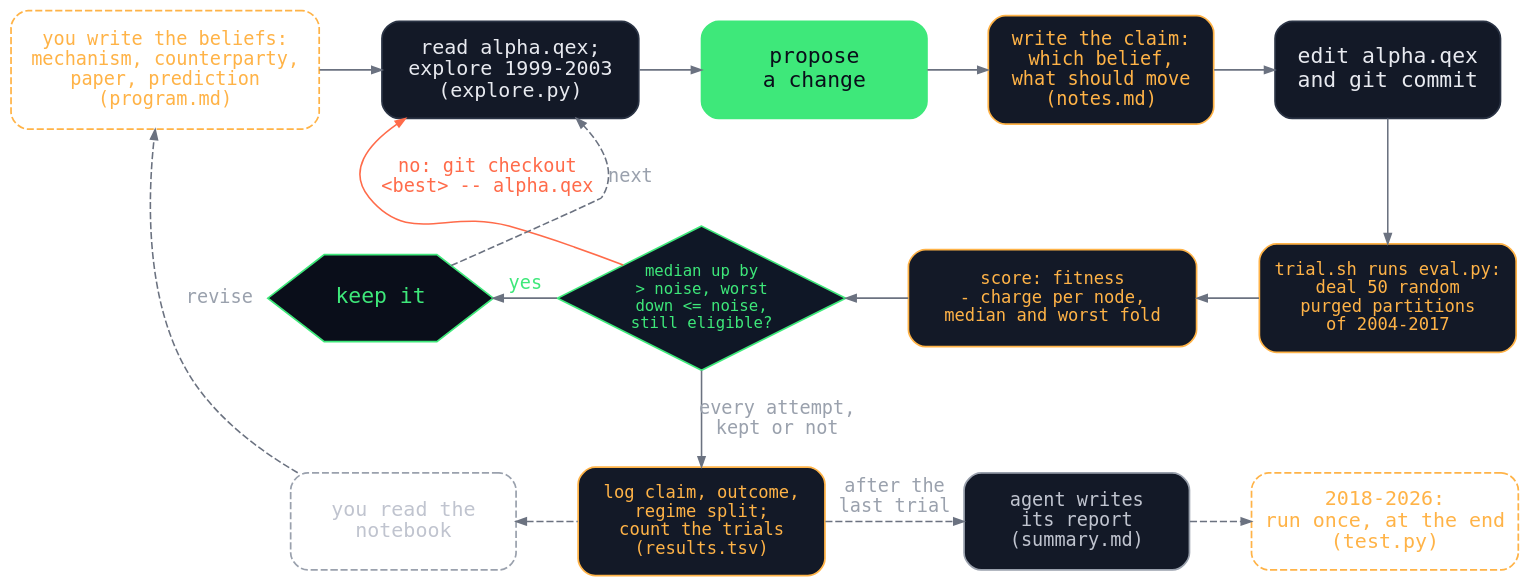
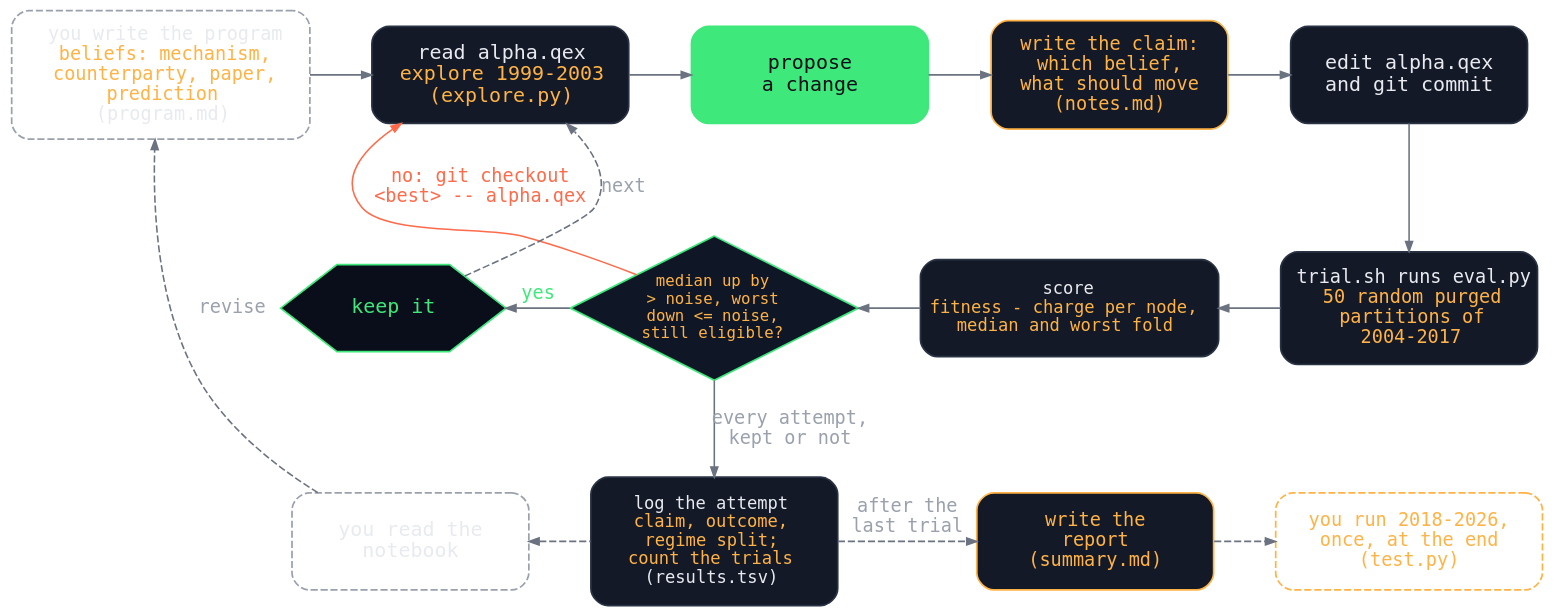
The diagram in figures/loop/augmented-loop-files.dot (marketneutral/find_alpha_make_no_mistakes), drawn with Graphviz before and after one commit. The commit also changed 4 other files, not shown here.

Commit message:
Augmented loop recoloured against Karpathy's: his colours kept, orange only for what is new (whole box new, orange words changed); 'you' only where it is you; caption is the legend

```diff
--- a/figures/loop/augmented-loop-files.dot
+++ b/figures/loop/augmented-loop-files.dot
@@ -1,57 +1,59 @@
-// The deck's version of the blog post's augmented-loop.dot, with every lab file (except data/) on the box
-// that uses it, as Karpathy's loop names program.md, train.py and results.tsv. Re-render with:
+// The deck's version of the blog post's augmented-loop.dot: Karpathy's loop (the deck's autoresearch-loop.svg) with
+// every lab file (except data/) on the box that uses it. Colours follow Karpathy's diagram exactly (green: propose,
+// decide, keep; grey: everything else; dashed: done by you), and orange marks only what is new: a whole orange box is
+// a new step; orange words in a grey box are an existing step, changed. Re-render with:
 //   dot -Tsvg figures/loop/augmented-loop-files.dot -o images/alpha-augmented-loop-files.svg
-// The autoresearch loop from the ai-scientist post with the finance changes that
-// post asked for, built: the claim before the edit, the moving evaluator, the
-// two-sided keep rule with eligibility, the counted log, the seeded program, and the untouched test.
-// Green marks the step handed to the model; orange marks what the essay added.
 digraph augmented {
   rankdir=TB;
   bgcolor="transparent";
   pad=0.25;
   nodesep=0.30;
   ranksep=0.55;
   fontname="IBM Plex Mono, Menlo, DejaVu Sans Mono, monospace";
   node [shape=box, style="rounded,filled", fillcolor="#131927", color="#2a3344",
         fontcolor="#e8eaf0", fontname="IBM Plex Mono, Menlo, DejaVu Sans Mono, monospace",
-        fontsize=15, margin="0.10,0.14", penwidth=1.2, width=2.2, height=0.95, fixedsize=true];
+        fontsize=14, margin="0.10,0.14", penwidth=1.2, width=2.3, height=0.95, fixedsize=true];
   edge [color="#6b7280", arrowsize=0.7, penwidth=1.1,
         fontname="IBM Plex Mono, Menlo, DejaVu Sans Mono, monospace",
         fontsize=13, fontcolor="#9aa1ad"];
 
-  PM   [label="you write the beliefs:\nmechanism, counterparty,\npaper, prediction\n(program.md)", style="rounded,dashed", color="#ffb347", fontcolor="#ffb347", width=3.0, height=1.15, fontsize=13];
-  READ [label="read alpha.qex;\nexplore 1999-2003\n(explore.py)", width=2.5, height=0.95, fontsize=14];
+  // existing steps (Karpathy's), with any change in orange
+  PM   [label=<you write the program<br/><font color="#ffb347">beliefs: mechanism,<br/>counterparty, paper,<br/>prediction</font><br/>(program.md)>,
+        style="rounded,dashed", color="#9aa1ad", width=2.9, height=1.25, fontsize=13];
+  READ [label=<read alpha.qex<br/><font color="#ffb347">explore 1999-2003<br/>(explore.py)</font>>, width=2.5];
   H    [label="propose\na change", fillcolor="#3ee87a", color="#3ee87a", fontcolor="#0a0e1a"];
-  C    [label="write the claim:\nwhich belief,\nwhat should move\n(notes.md)", color="#ffb347", fontcolor="#ffb347", fontsize=13, height=1.05];
   P    [label="edit alpha.qex\nand git commit"];
-  X    [label="trial.sh runs eval.py:\ndeal 50 random\npurged partitions\nof 2004-2017", color="#ffb347", fontcolor="#ffb347", fontsize=12, width=2.5, height=1.05];
-  R    [label="score: fitness\n- charge per node,\nmedian and worst fold", color="#ffb347", fontcolor="#ffb347", fontsize=12, width=2.8];
-  D    [shape=diamond, style="filled", fillcolor="#0f1726", color="#3ee87a",
-        fontcolor="#3ee87a", label="median up by\n> noise, worst\ndown <= noise,\nstill eligible?", margin="0.04,0.02", fontsize=11, width=2.8, height=1.4, fixedsize=true];
+  X    [label=<trial.sh runs eval.py<br/><font color="#ffb347">50 random purged<br/>partitions of<br/>2004-2017</font>>, width=2.5, height=1.1, fontsize=13];
+  R    [label=<score<br/><font color="#ffb347">fitness - charge per node,<br/>median and worst fold</font>>, width=2.9, fontsize=12];
+  D    [shape=diamond, style="filled", fillcolor="#0f1726", color="#3ee87a", fontcolor="#3ee87a",
+        label=<<font color="#ffb347">median up by<br/>&gt; noise, worst<br/>down &lt;= noise,<br/>still eligible?</font>>, margin="0.04,0.02", fontsize=11, width=2.8, height=1.4, fixedsize=true];
   T    [label="keep it", shape=hexagon, style="filled", fillcolor="#0a0e1a",
         color="#3ee87a", fontcolor="#3ee87a", margin="0.04,0.02", width=2.2, height=0.85, fixedsize=true];
-  LOG  [label="log claim, outcome,\nregime split;\ncount the trials\n(results.tsv)", color="#ffb347", fontcolor="#ffb347", fontsize=12, width=2.4, height=1.05];
-  YOU  [label="you read the\nnotebook", style="rounded,dashed", color="#9aa1ad", fontcolor="#c0c4cf", fontsize=14];
-  SUM  [label="agent writes\nits report\n(summary.md)", color="#9aa1ad", fontcolor="#c0c4cf", fontsize=13];
-  OOS  [label="2018-2026:\nrun once, at the end\n(test.py)", style="rounded,dashed", color="#ffb347", fontcolor="#ffb347", width=2.6, fontsize=14];
+  LOG  [label=<log the attempt<br/><font color="#ffb347">claim, outcome,<br/>regime split;<br/>count the trials</font><br/>(results.tsv)>, width=2.4, height=1.25, fontsize=12];
+  YOU  [label="you read the\nnotebook", style="rounded,dashed", color="#9aa1ad"];
+
+  // new steps
+  C    [label="write the claim:\nwhich belief,\nwhat should move\n(notes.md)", color="#ffb347", fontcolor="#ffb347", fontsize=13, height=1.05];
+  SUM  [label="write the\nreport\n(summary.md)", color="#ffb347", fontcolor="#ffb347", fontsize=13];
+  OOS  [label="you run 2018-2026,\nonce, at the end\n(test.py)", style="rounded,dashed", color="#ffb347", fontcolor="#ffb347", width=2.6, fontsize=13];
 
   { rank=same; PM; READ; H; C; P; }
   { rank=same; T; D; R; X; }
   { rank=same; YOU; LOG; SUM; OOS; }
 
   PM -> READ;
   READ -> H;
   H -> C;
   C -> P;
   P -> X;
   R -> X [dir=back];
   D -> R [dir=back];
   T -> D [dir=back, label="yes", fontcolor="#3ee87a"];
   T -> READ [style=dashed, label="next  ", constraint=false, fontcolor="#9aa1ad"];
   D -> READ [label="  no: git checkout\n  <best> -- alpha.qex", constraint=false, color="#ff6b4a", fontcolor="#ff6b4a"];
   D -> LOG [label="every attempt,\nkept or not"];
   YOU -> LOG [dir=back, style=dashed];
   YOU -> PM [constraint=false, style=dashed, label="revise", fontcolor="#9aa1ad"];
   LOG -> SUM [style=dashed, label="after the\nlast trial"];
   SUM -> OOS [style=dashed];
 }
```
